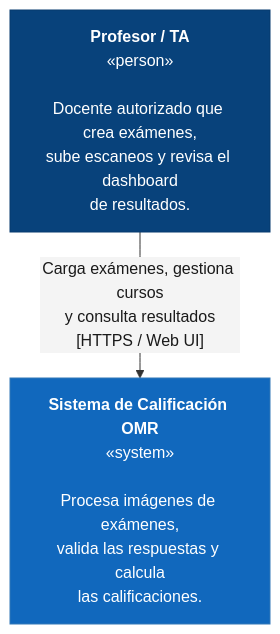
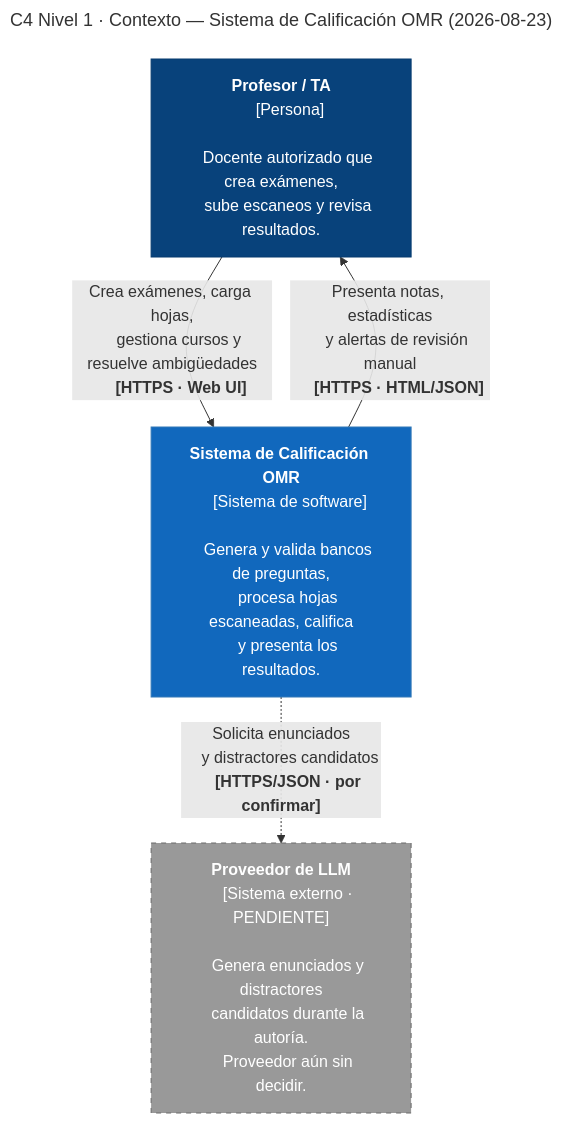
The diagram in docs/c4/doc-c4.md (ISCOUTB/AS_202620_Sistema-de-calificacion-automatica), drawn with Mermaid before and after one commit. The commit also changed other lines of this file, not shown here.

First line of the commit message:
Enhance C4 documentation for OMR grading system

````diff
--- a/docs/c4/doc-c4.md
+++ b/docs/c4/doc-c4.md
@@ -9,12 +28,43 @@
 ```mermaid
-%% Diagrama de Contexto - Sistema de Calificación OMR
-%%{init: {'theme': 'default', 'flowchart': {'htmlLabels': true}, 'themeVariables': {'edgeLabelBackground': '#f4f4f4'}}}%%
+---
+title: "C4 Nivel 1 · Contexto — Sistema de Calificación OMR (2026-08-23)"
+---
 flowchart TB
-    profesor["<b>Profesor / TA</b><br/>«person»<br/><br/>Docente autorizado que crea exámenes,<br/>sube escaneos y revisa el dashboard<br/>de resultados."]
-    sistema["<b>Sistema de Calificación OMR</b><br/>«system»<br/><br/>Procesa imágenes de exámenes,<br/>valida las respuestas y calcula<br/>las calificaciones."]
-    profesor -->|"<span style='color:#1a1a1a'>Carga exámenes, gestiona cursos<br/>y consulta resultados<br/>[HTTPS / Web UI]</span>"| sistema
+    profesor["<b>Profesor / TA</b>
+    [Persona]
+
+    Docente autorizado que crea exámenes,
+    sube escaneos y revisa resultados."]
+
+    sistema["<b>Sistema de Calificación OMR</b>
+    [Sistema de software]
+
+    Genera y valida bancos de preguntas,
+    procesa hojas escaneadas, califica
+    y presenta los resultados."]
+
+    llm["<b>Proveedor de LLM</b>
+    [Sistema externo · PENDIENTE]
+
+    Genera enunciados y distractores
+    candidatos durante la autoría.
+    Proveedor aún sin decidir."]
+
+    profesor -->|"Crea exámenes, carga hojas,
+    gestiona cursos y resuelve ambigüedades
+    <b>[HTTPS · Web UI]</b>"| sistema
+    sistema -->|"Presenta notas, estadísticas
+    y alertas de revisión manual
+    <b>[HTTPS · HTML/JSON]</b>"| profesor
+    sistema -.->|"Solicita enunciados
+    y distractores candidatos
+    <b>[HTTPS/JSON · por confirmar]</b>"| llm
+
     classDef person fill:#08427B,stroke:#073B6F,color:#ffffff
     classDef system fill:#1168BD,stroke:#3379B7,color:#ffffff
+    classDef external fill:#999999,stroke:#6B6B6B,color:#ffffff,stroke-dasharray: 5 5
+
     class profesor person
     class sistema system
+    class llm external
 ```
````
